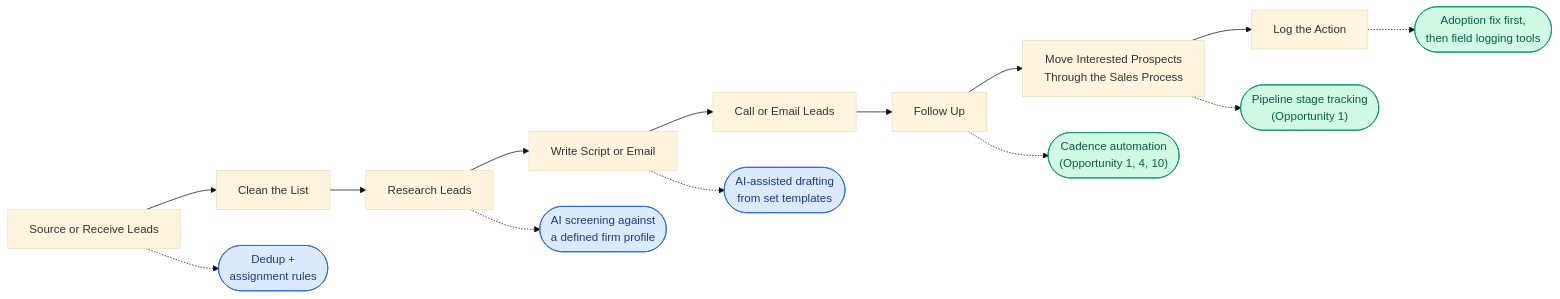
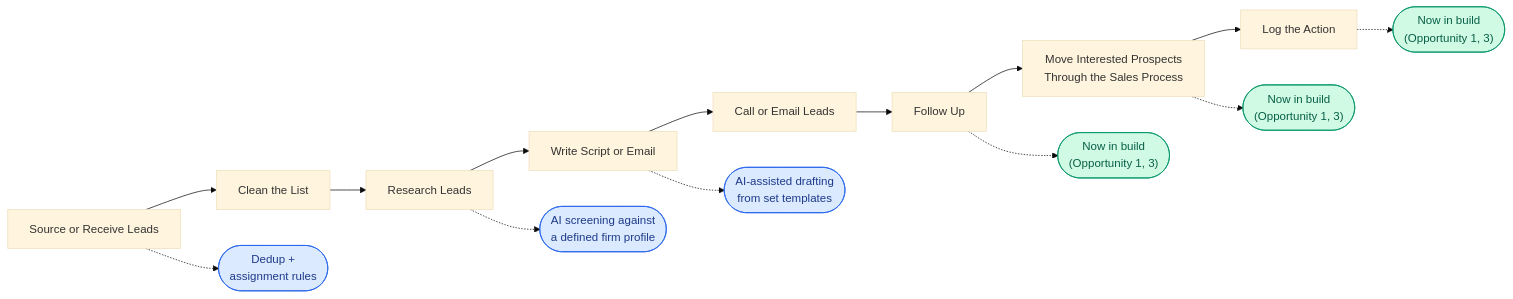
The eighth of 8 diagrams in business/projects/client-projects/26061201_capital-financing/client-facing-deliverables/20260910_capital-financing-opportunity-map-final.md (jsaponara42/ai-assistant-doc-storage), drawn with Mermaid (base theme) before and after one commit. The commit also changed other lines of this file, not shown here.

````diff
--- a/business/projects/client-projects/26061201_capital-financing/client-facing-deliverables/20260910_capital-financing-opportunity-map-final.md
+++ b/business/projects/client-projects/26061201_capital-financing/client-facing-deliverables/20260910_capital-financing-opportunity-map-final.md
@@ -370,27 +384,27 @@
 ```mermaid
 flowchart LR
     classDef quickwin fill:#d1fae5,stroke:#059669,color:#065f46
     classDef nearterm fill:#dbeafe,stroke:#2563eb,color:#1e3a8a
 
     A[Source or Receive Leads] --> B[Clean the List]
     B --> C[Research Leads]
     C --> D[Write Script or Email]
     D --> E[Call or Email Leads]
     E --> F[Follow Up]
     F --> G["Move Interested Prospects\nThrough the Sales Process"]
     G --> H[Log the Action]
 
     A -.-> P1(["Dedup +\nassignment rules"])
     C -.-> P2(["AI screening against\na defined firm profile"])
     D -.-> P3(["AI-assisted drafting\nfrom set templates"])
-    F -.-> P4(["Cadence automation\n(Opportunity 1, 4, 10)"])
-    G -.-> P5(["Pipeline stage tracking\n(Opportunity 1)"])
-    H -.-> P6(["Adoption fix first,\nthen field logging tools"])
+    F -.-> P4(["Now in build\n(Opportunity 1, 3)"])
+    G -.-> P5(["Now in build\n(Opportunity 1, 3)"])
+    H -.-> P6(["Now in build\n(Opportunity 1, 3)"])
 
     class P1 nearterm
     class P2 nearterm
     class P3 nearterm
     class P4 quickwin
     class P5 quickwin
     class P6 quickwin
 ```
````
